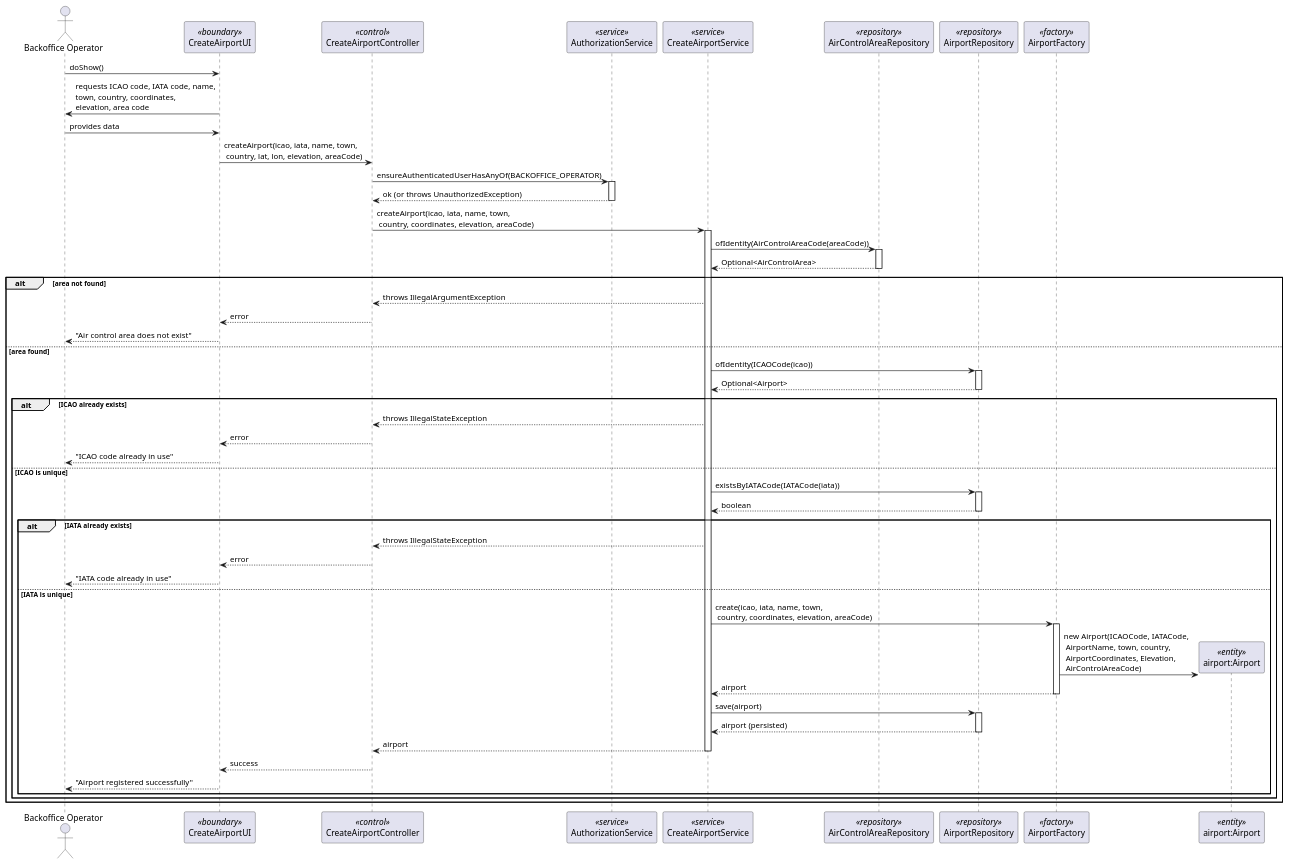
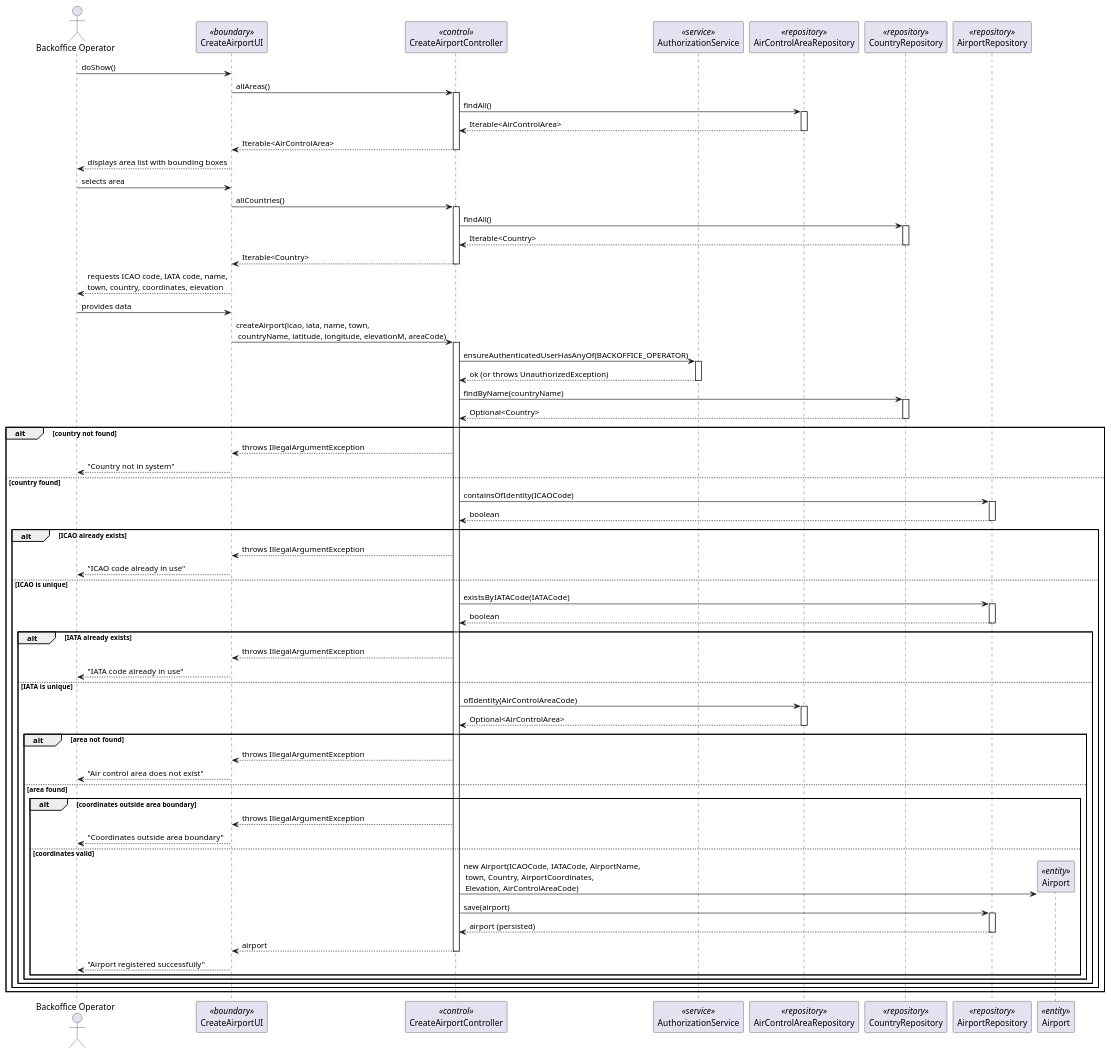
Before and after one commit to DuartePinto1240/sem4pi2526-sem4pi2526_2da2: the diagram in docs/Sprint 2/EAPLI/US052/puml/US052-sequence-diagram.puml, drawn with PlantUML. The commit also changed 27 other files, not shown here.

```diff
--- a/docs/Sprint 2/EAPLI/US052/puml/US052-sequence-diagram.puml
+++ b/docs/Sprint 2/EAPLI/US052/puml/US052-sequence-diagram.puml
@@ -1,80 +1,106 @@
 @startuml US052-sequence-diagram
 actor "Backoffice Operator" as BO
 participant CreateAirportUI as UI <<boundary>>
 participant CreateAirportController as CTRL <<control>>
 participant AuthorizationService as AUTHZ <<service>>
-participant CreateAirportService as SVC <<service>>
 participant AirControlAreaRepository as AREA_REPO <<repository>>
+participant CountryRepository as COUNTRY_REPO <<repository>>
 participant AirportRepository as REPO <<repository>>
-participant AirportFactory as FACTORY <<factory>>
-participant "airport:Airport" as AIRPORT <<entity>>
+participant Airport as AIRPORT <<entity>>
 
 BO -> UI : doShow()
-UI -> BO : requests ICAO code, IATA code, name,\ntown, country, coordinates,\nelevation, area code
+UI -> CTRL : allAreas()
+activate CTRL
+CTRL -> AREA_REPO : findAll()
+activate AREA_REPO
+AREA_REPO --> CTRL : Iterable<AirControlArea>
+deactivate AREA_REPO
+CTRL --> UI : Iterable<AirControlArea>
+deactivate CTRL
 
+UI --> BO : displays area list with bounding boxes
+BO -> UI : selects area
+
+UI -> CTRL : allCountries()
+activate CTRL
+CTRL -> COUNTRY_REPO : findAll()
+activate COUNTRY_REPO
+COUNTRY_REPO --> CTRL : Iterable<Country>
+deactivate COUNTRY_REPO
+CTRL --> UI : Iterable<Country>
+deactivate CTRL
+
+UI --> BO : requests ICAO code, IATA code, name,\ntown, country, coordinates, elevation
 BO -> UI : provides data
 
-UI -> CTRL : createAirport(icao, iata, name, town,\n country, lat, lon, elevation, areaCode)
+UI -> CTRL : createAirport(icao, iata, name, town,\n countryName, latitude, longitude, elevationM, areaCode)
+activate CTRL
 
 CTRL -> AUTHZ : ensureAuthenticatedUserHasAnyOf(BACKOFFICE_OPERATOR)
 activate AUTHZ
 AUTHZ --> CTRL : ok (or throws UnauthorizedException)
 deactivate AUTHZ
 
-CTRL -> SVC : createAirport(icao, iata, name, town,\n country, coordinates, elevation, areaCode)
-activate SVC
+CTRL -> COUNTRY_REPO : findByName(countryName)
+activate COUNTRY_REPO
+COUNTRY_REPO --> CTRL : Optional<Country>
+deactivate COUNTRY_REPO
 
-SVC -> AREA_REPO : ofIdentity(AirControlAreaCode(areaCode))
-activate AREA_REPO
-AREA_REPO --> SVC : Optional<AirControlArea>
-deactivate AREA_REPO
+alt country not found
+  CTRL --> UI : throws IllegalArgumentException
+  UI --> BO : "Country not in system"
+else country found
 
-alt area not found
-  SVC --> CTRL : throws IllegalArgumentException
-  CTRL --> UI : error
-  UI --> BO : "Air control area does not exist"
-else area found
-
-  SVC -> REPO : ofIdentity(ICAOCode(icao))
+  CTRL -> REPO : containsOfIdentity(ICAOCode)
   activate REPO
-  REPO --> SVC : Optional<Airport>
+  REPO --> CTRL : boolean
   deactivate REPO
 
   alt ICAO already exists
-    SVC --> CTRL : throws IllegalStateException
-    CTRL --> UI : error
+    CTRL --> UI : throws IllegalArgumentException
     UI --> BO : "ICAO code already in use"
   else ICAO is unique
 
-    SVC -> REPO : existsByIATACode(IATACode(iata))
+    CTRL -> REPO : existsByIATACode(IATACode)
     activate REPO
-    REPO --> SVC : boolean
+    REPO --> CTRL : boolean
     deactivate REPO
 
     alt IATA already exists
-      SVC --> CTRL : throws IllegalStateException
-      CTRL --> UI : error
+      CTRL --> UI : throws IllegalArgumentException
       UI --> BO : "IATA code already in use"
     else IATA is unique
 
-      SVC -> FACTORY : create(icao, iata, name, town,\n country, coordinates, elevation, areaCode)
-      activate FACTORY
-      FACTORY -> AIRPORT ** : new Airport(ICAOCode, IATACode,\n AirportName, town, country,\n AirportCoordinates, Elevation,\n AirControlAreaCode)
-      FACTORY --> SVC : airport
-      deactivate FACTORY
+      CTRL -> AREA_REPO : ofIdentity(AirControlAreaCode)
+      activate AREA_REPO
+      AREA_REPO --> CTRL : Optional<AirControlArea>
+      deactivate AREA_REPO
 
-      SVC -> REPO : save(airport)
-      activate REPO
-      REPO --> SVC : airport (persisted)
-      deactivate REPO
+      alt area not found
+        CTRL --> UI : throws IllegalArgumentException
+        UI --> BO : "Air control area does not exist"
+      else area found
 
-      SVC --> CTRL : airport
-      deactivate SVC
+        alt coordinates outside area boundary
+          CTRL --> UI : throws IllegalArgumentException
+          UI --> BO : "Coordinates outside area boundary"
+        else coordinates valid
 
-      CTRL --> UI : success
-      UI --> BO : "Airport registered successfully"
+          CTRL -> AIRPORT ** : new Airport(ICAOCode, IATACode, AirportName,\n town, Country, AirportCoordinates,\n Elevation, AirControlAreaCode)
+
+          CTRL -> REPO : save(airport)
+          activate REPO
+          REPO --> CTRL : airport (persisted)
+          deactivate REPO
+
+          CTRL --> UI : airport
+          deactivate CTRL
+
+          UI --> BO : "Airport registered successfully"
+        end
+      end
     end
   end
 end
 
 @enduml
```
